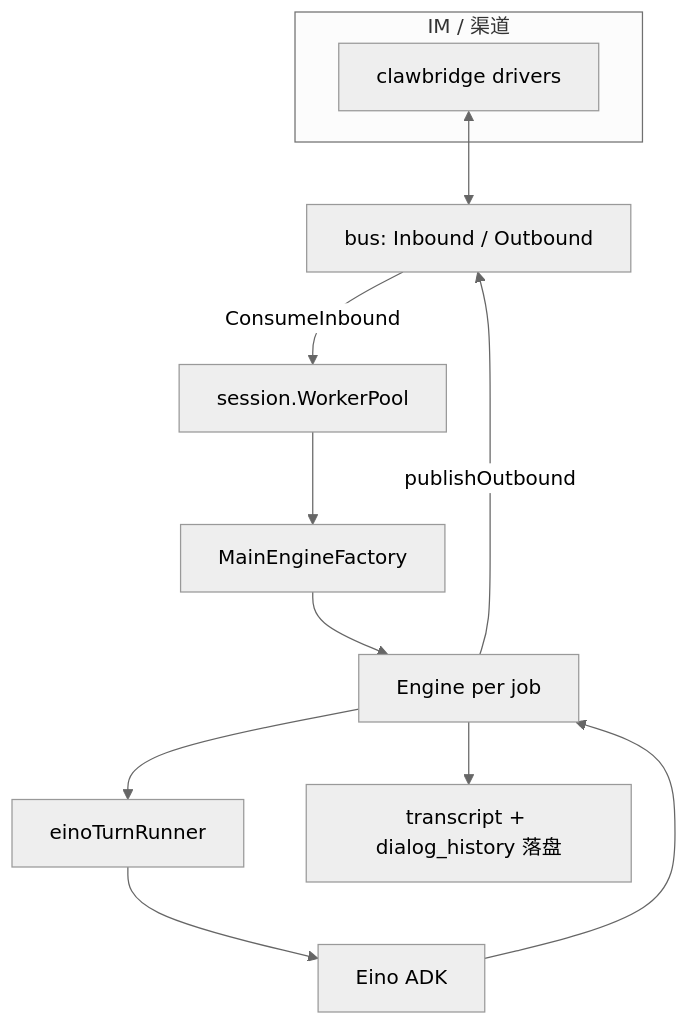
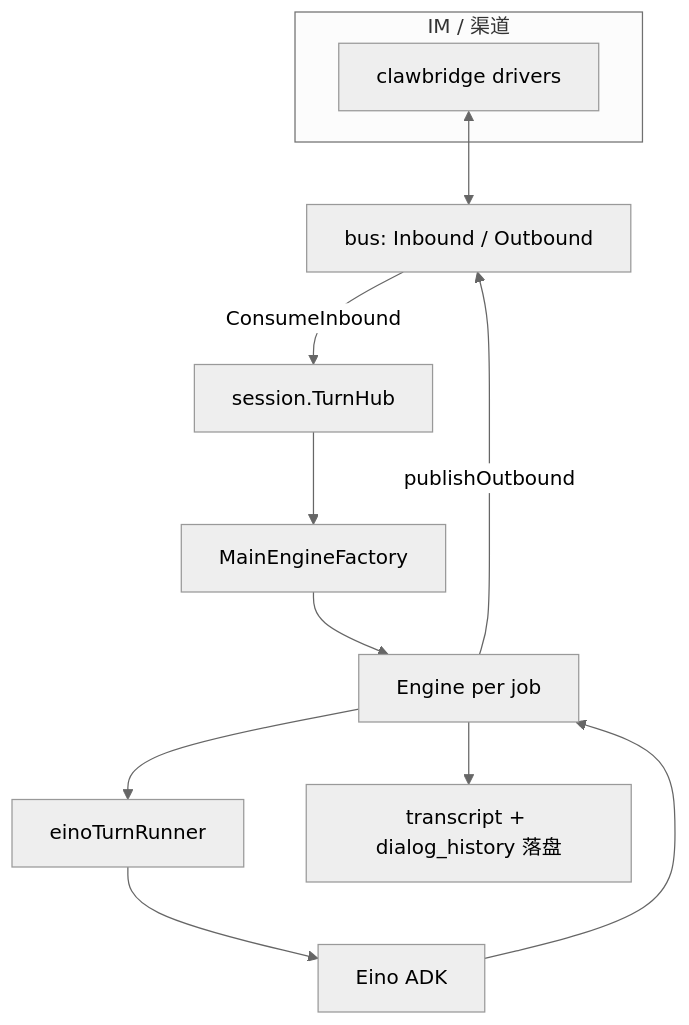
The second of 5 diagrams in docs/runtime-flow.md (lengzhao/oneclaw), drawn with Mermaid (neutral theme) before and after one commit. The commit also changed other lines of this file and 83 other files, not shown here.

````diff
--- a/docs/runtime-flow.md
+++ b/docs/runtime-flow.md
@@ -41,22 +41,22 @@
 ```mermaid
 flowchart TB
   subgraph im [IM / 渠道]
     drivers[clawbridge drivers]
   end
   bus[bus: Inbound / Outbound]
-  wp[session.WorkerPool]
+  th[session.TurnHub]
   fac[MainEngineFactory]
   eng[Engine per job]
   tr[einoTurnRunner]
   adk[Eino ADK]
   disk[transcript + dialog_history 落盘]
   drivers <--> bus
-  bus -->|ConsumeInbound| wp
-  wp --> fac
+  bus -->|ConsumeInbound| th
+  th --> fac
   fac --> eng
   eng --> tr
   tr --> adk
   adk --> eng
   eng --> disk
   eng -->|publishOutbound| bus
 ```
````
